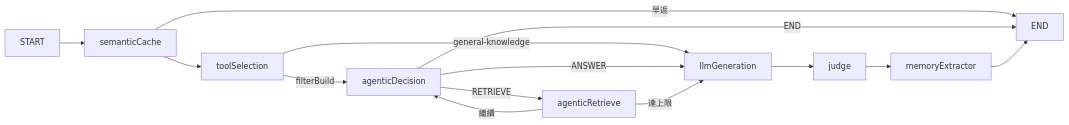
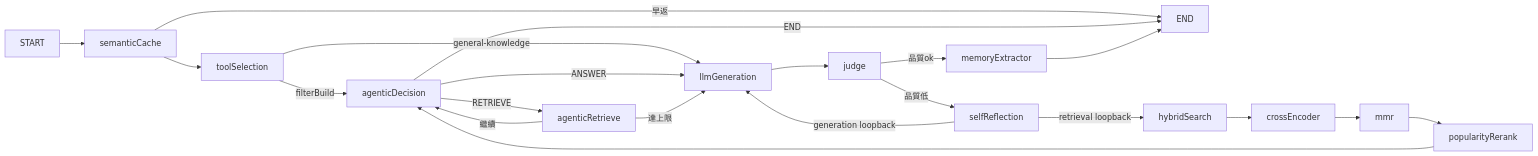
Before and after one commit to vincentxuu/nobodyclimb-fe: the third of 4 diagrams in docs/ai-agent/langgraph-architecture.md, drawn with Mermaid. The commit also changed other lines of this file, not shown here.

First line of the commit message:
docs(ai): 更新 LangGraph 架構文件 — 補充 agentic 路徑 context 組裝與相似路線搜尋流程

````diff
--- a/docs/ai-agent/langgraph-architecture.md
+++ b/docs/ai-agent/langgraph-architecture.md
@@ -60,16 +60,20 @@
 ```mermaid
 flowchart LR
     START --> semanticCache
     semanticCache -->|早返| END
     semanticCache --> toolSelection
     toolSelection -->|filterBuild| agenticDecision
     toolSelection -->|general-knowledge| llmGeneration
     agenticDecision -->|RETRIEVE| agenticRetrieve
     agenticDecision -->|ANSWER| llmGeneration
     agenticDecision -->|END| END
     agenticRetrieve -->|繼續| agenticDecision
     agenticRetrieve -->|達上限| llmGeneration
     llmGeneration --> judge
-    judge --> memoryExtractor
+    judge -->|品質低| selfReflection
+    judge -->|品質ok| memoryExtractor
+    selfReflection -->|retrieval loopback| hybridSearch
+    selfReflection -->|generation loopback| llmGeneration
+    hybridSearch --> crossEncoder --> mmr --> popularityRerank --> agenticDecision
     memoryExtractor --> END
 ```
````
